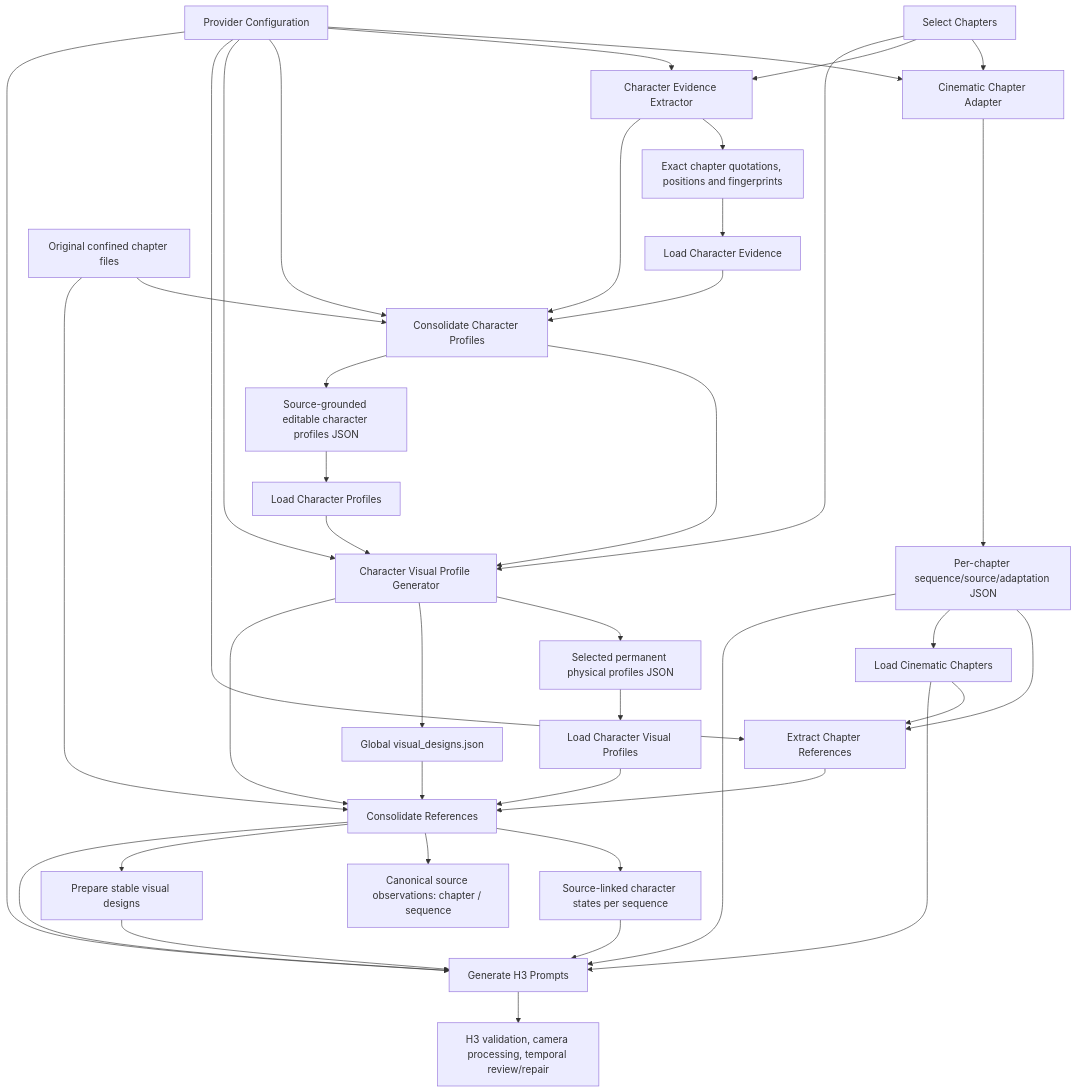
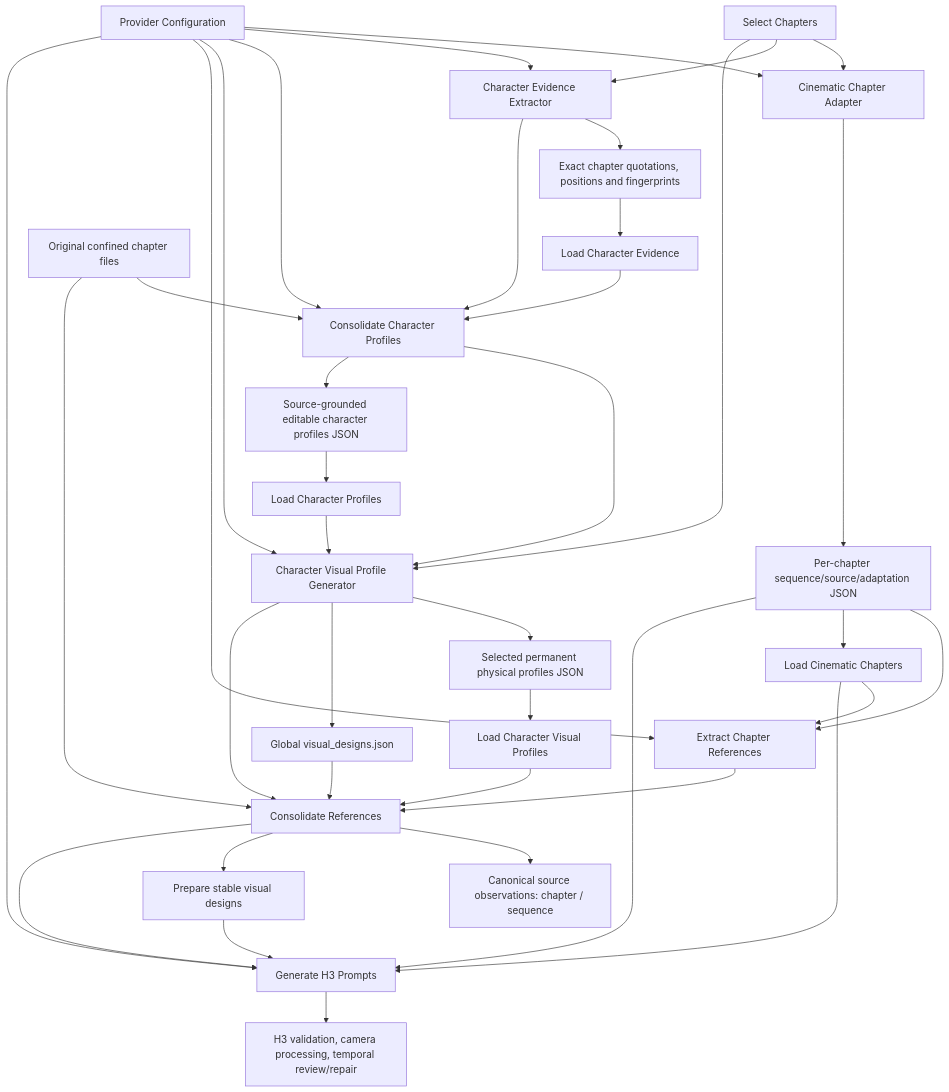
One commit to yuyuki/ComfyUI-Minimax_H3_Novel_Pipeline changed the first of 2 diagrams in docs/architecture.md. Above: the diagram before and after it, drawn with Mermaid. The commit also changed other lines of this file and 26 other files, not shown here.

First line of the commit message:
Refactor character enrichment and evidence handling in tests

````diff
--- a/docs/architecture.md
+++ b/docs/architecture.md
@@ -10,42 +10,40 @@
 ```mermaid
 flowchart TD
     selector["Select Chapters"] --> adapter["Cinematic Chapter Adapter"]
     config --> adapter
     selector --> evidence["Character Evidence Extractor"]
     config --> evidence
     evidence --> evidence_json["Exact chapter quotations, positions and fingerprints"]
     evidence_json --> evidence_loader["Load Character Evidence"]
     evidence --> profiles["Consolidate Character Profiles"]
     evidence_loader --> profiles
     original_chapters["Original confined chapter files"] --> profiles
     config --> profiles
     profiles --> visual_profiles["Character Visual Profile Generator"]
     config --> visual_profiles
     selector --> visual_profiles
     visual_profiles --> visual_json["Selected permanent physical profiles JSON"]
     visual_profiles --> global_designs["Global visual_designs.json"]
     global_designs --> consolidate
     visual_profiles --> consolidate
     original_chapters --> consolidate
-    consolidate --> local_enrichment["Source-linked character states per sequence"]
     visual_json --> visual_loader["Load Character Visual Profiles"]
     visual_loader --> consolidate
     profiles --> profiles_json["Source-grounded editable character profiles JSON"]
     profiles_json --> profiles_loader["Load Character Profiles"]
     profiles_loader --> visual_profiles
     adapter --> adapted["Per-chapter sequence/source/adaptation JSON"]
     adapted --> extract
     adapted --> loader["Load Cinematic Chapters"]
     loader --> extract
     config["Provider Configuration"] --> extract["Extract Chapter References"]
     extract --> consolidate["Consolidate References"]
     consolidate --> timeline["Canonical source observations: chapter / sequence"]
     consolidate --> designs["Prepare stable visual designs"]
     designs --> generate["Generate H3 Prompts"]
     consolidate --> generate
-    local_enrichment --> generate
     adapted --> generate
     loader --> generate
     config --> generate
     generate --> review["H3 validation, camera processing, temporal review/repair"]
 ```
````
